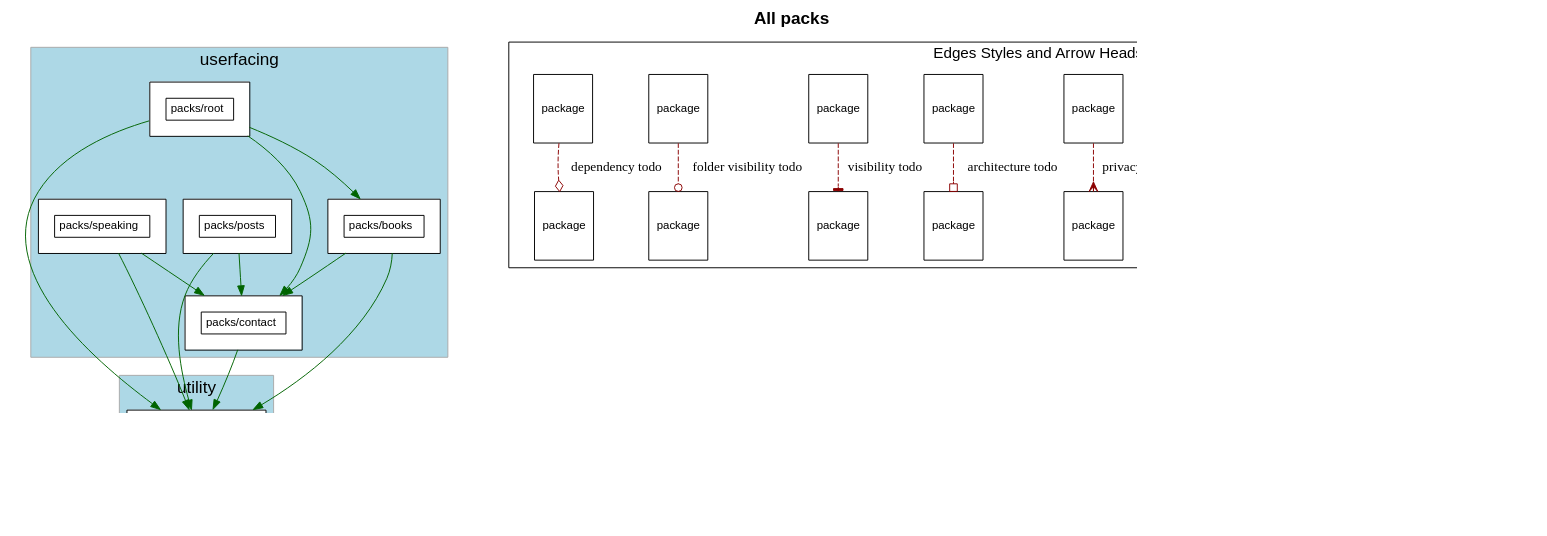
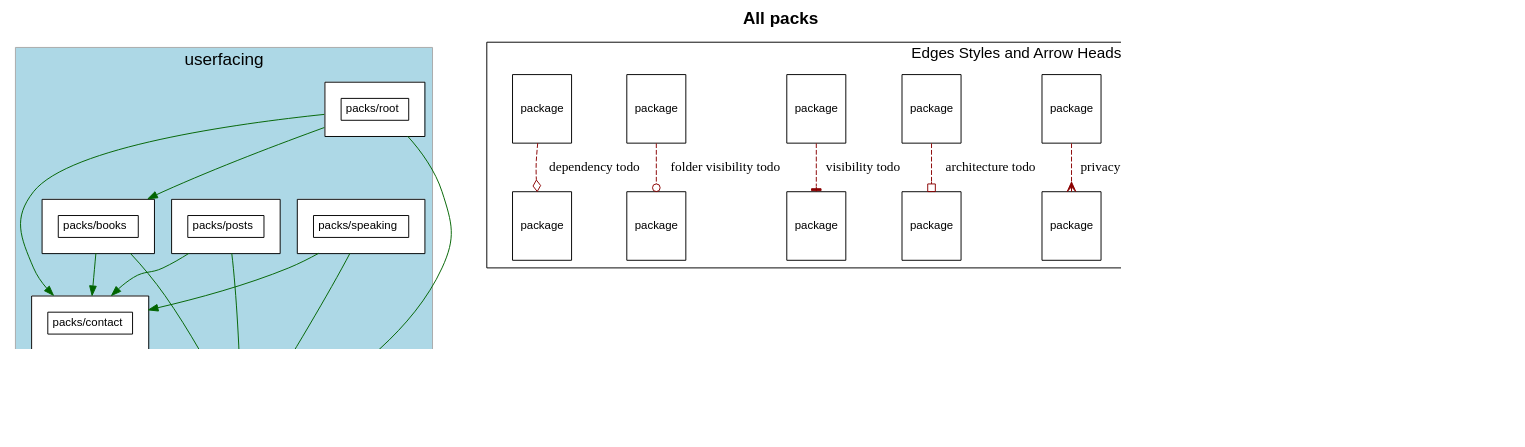
One commit to shageman/stephanhagemann.com changed the diagram in packs.dot. Above: the diagram before and after it, drawn with Graphviz. The commit also changed 24 other files, not shown here.

Commit message:
Add “more” capability to nav bar

```diff
--- a/packs.dot
+++ b/packs.dot
@@ -1,195 +1,177 @@
 digraph package_diagram {
   rankdir=TD
   graph [
     labelloc="t"
     fontname="Helvetica,Arial,sans-serif"
     dpi=100
     layout=dot
     label=<<b>All packs</b><br/>>
     fontsize=18
   ]
   node [
     fontname="Helvetica,Arial,sans-serif"
     fontsize=26.0
     fontcolor=black
     fillcolor=white
     color=black
     height=1.0
     style=filled
     shape=plain
   ]
     subgraph application_harness {
       shape=box
       color=darkgrey
       fillcolor=lightblue
       style=filled
         label="application_harness"
         cluster=true
         rank = 0    }
     subgraph userfacing {
       shape=box
       color=darkgrey
       fillcolor=lightblue
       style=filled
         label="userfacing"
         cluster=true
         rank = 1        "packs/books" [
             fontsize=12.0
             label= <
                 <table border='0' cellborder='1' cellspacing='0' cellpadding='16'><tr><td>
                   <table border='0' cellborder='1' cellspacing='0' cellpadding='4'>
                     <tr> <td port='private'> packs/books </td> </tr>
                   </table>
                   </td></tr>
                   </table>
               >
           ]
         
         "packs/contact" [
             fontsize=12.0
             label= <
                 <table border='0' cellborder='1' cellspacing='0' cellpadding='16'><tr><td>
                   <table border='0' cellborder='1' cellspacing='0' cellpadding='4'>
                     <tr> <td port='private'> packs/contact </td> </tr>
                   </table>
                   </td></tr>
                   </table>
               >
           ]
         
         "packs/posts" [
             fontsize=12.0
             label= <
                 <table border='0' cellborder='1' cellspacing='0' cellpadding='16'><tr><td>
                   <table border='0' cellborder='1' cellspacing='0' cellpadding='4'>
                     <tr> <td port='private'> packs/posts </td> </tr>
                   </table>
                   </td></tr>
                   </table>
               >
           ]
         
         "packs/root" [
             fontsize=12.0
             label= <
                 <table border='0' cellborder='1' cellspacing='0' cellpadding='16'><tr><td>
                   <table border='0' cellborder='1' cellspacing='0' cellpadding='4'>
                     <tr> <td port='private'> packs/root </td> </tr>
                   </table>
                   </td></tr>
                   </table>
               >
           ]
         
         "packs/speaking" [
             fontsize=12.0
             label= <
                 <table border='0' cellborder='1' cellspacing='0' cellpadding='16'><tr><td>
                   <table border='0' cellborder='1' cellspacing='0' cellpadding='4'>
                     <tr> <td port='private'> packs/speaking </td> </tr>
                   </table>
                   </td></tr>
                   </table>
               >
           ]
         
     }
     subgraph utility {
       shape=box
       color=darkgrey
       fillcolor=lightblue
       style=filled
         label="utility"
         cluster=true
-        rank = 2        "packs/nav_bar" [
-            fontsize=12.0
-            label= <
-                <table border='0' cellborder='1' cellspacing='0' cellpadding='16'><tr><td>
-                  <table border='0' cellborder='1' cellspacing='0' cellpadding='4'>
-                    <tr> <td port='private'> packs/nav_bar </td> </tr>
-                  </table>
-                  </td></tr>
-                  </table>
-              >
-          ]
-        
-        "packs/rails_shims" [
+        rank = 2        "packs/rails_shims" [
             fontsize=12.0
             label= <
                 <table border='0' cellborder='1' cellspacing='0' cellpadding='16'><tr><td>
                   <table border='0' cellborder='1' cellspacing='0' cellpadding='4'>
                     <tr> <td port='private'> packs/rails_shims </td> </tr>
                   </table>
                   </td></tr>
                   </table>
               >
           ]
         
     }
-              "packs/books" -> "packs/nav_bar" [ style=invis ]
-              "packs/contact" -> "packs/nav_bar" [ style=invis ]
-              "packs/posts" -> "packs/nav_bar" [ style=invis ]
-              "packs/root" -> "packs/nav_bar" [ style=invis ]
-              "packs/speaking" -> "packs/nav_bar" [ style=invis ]
               "packs/books" -> "packs/rails_shims" [ style=invis ]
               "packs/contact" -> "packs/rails_shims" [ style=invis ]
               "packs/posts" -> "packs/rails_shims" [ style=invis ]
               "packs/root" -> "packs/rails_shims" [ style=invis ]
               "packs/speaking" -> "packs/rails_shims" [ style=invis ]
     subgraph NotInLayer {
       shape=box
       color=darkgrey
       fillcolor=lightblue
       style=filled
         cluster=false
     }
+          "packs/books" -> "packs/contact" [ color=darkgreen ]
           "packs/books" -> "packs/rails_shims" [ color=darkgreen ]
-          "packs/books" -> "packs/contact" [ color=darkgreen ]
           "packs/contact" -> "packs/rails_shims" [ color=darkgreen ]
+          "packs/posts" -> "packs/contact" [ color=darkgreen ]
           "packs/posts" -> "packs/rails_shims" [ color=darkgreen ]
-          "packs/posts" -> "packs/contact" [ color=darkgreen ]
-          "packs/rails_shims" -> "packs/nav_bar" [ color=darkgreen ]
-          "packs/root" -> "packs/rails_shims" [ color=darkgreen ]
           "packs/root" -> "packs/books" [ color=darkgreen ]
           "packs/root" -> "packs/contact" [ color=darkgreen ]
+          "packs/root" -> "packs/rails_shims" [ color=darkgreen ]
+          "packs/speaking" -> "packs/contact" [ color=darkgreen ]
           "packs/speaking" -> "packs/rails_shims" [ color=darkgreen ]
-          "packs/speaking" -> "packs/contact" [ color=darkgreen ]
     subgraph cluster_legend {
       fontsize=16
       label="Edges Styles and Arrow Heads"
       A [ fontsize=12 shape=box label="package"]
       B [ fontsize=12 shape=box label="package"]
       A -> B [label="accepted dependency" color=darkgreen]
       M [ fontsize=12 shape=box label="package"]
       N [ fontsize=12 shape=box label="package"]
       M -> N [label="nested package" color=purple]
       O [ fontsize=12 shape=box label="package"]
       P [ fontsize=12 shape=box label="package"]
       O -> P [label="visible to" color=blue]
       C [ fontsize=12 shape=box label="package"]
       D [ fontsize=12 shape=box label="package"]
       C -> D [label="privacy todo" color=darkred style=dashed arrowhead=crow]
       E [ fontsize=12 shape=box label="package"]
       F [ fontsize=12 shape=box label="package"]
       E -> F [label="architecture todo" color=darkred style=dashed arrowhead=obox]
       G [ fontsize=12 shape=box label="package"]
       H [ fontsize=12 shape=box label="package"]
       G -> H [label="visibility todo" color=darkred style=dashed arrowhead=tee]
       I [ fontsize=12 shape=box label="package"]
       J [ fontsize=12 shape=box label="package"]
       I -> J [label="folder visibility todo" color=darkred style=dashed arrowhead=odot]
       K [ fontsize=12 shape=box label="package"]
       L [ fontsize=12 shape=box label="package"]
       K -> L [label="dependency todo" color=darkred style=dashed arrowhead=odiamond]
       LEGEND_NODE_1 [ label="" peripheries=0 height=0 width=0 style=invis ]
       LEGEND_NODE_2 [ label="" peripheries=0 height=0 width=0 style=invis ]
       LEGEND_NODE_1 -> LEGEND_NODE_2 [ style=invis ]
     }
   subgraph cluster_teams_legend {
     fontsize=16
     label="Team Colors"
 
 
   }
     LEGEND_NODE_2 -> "" [style=invis]
 }
```
